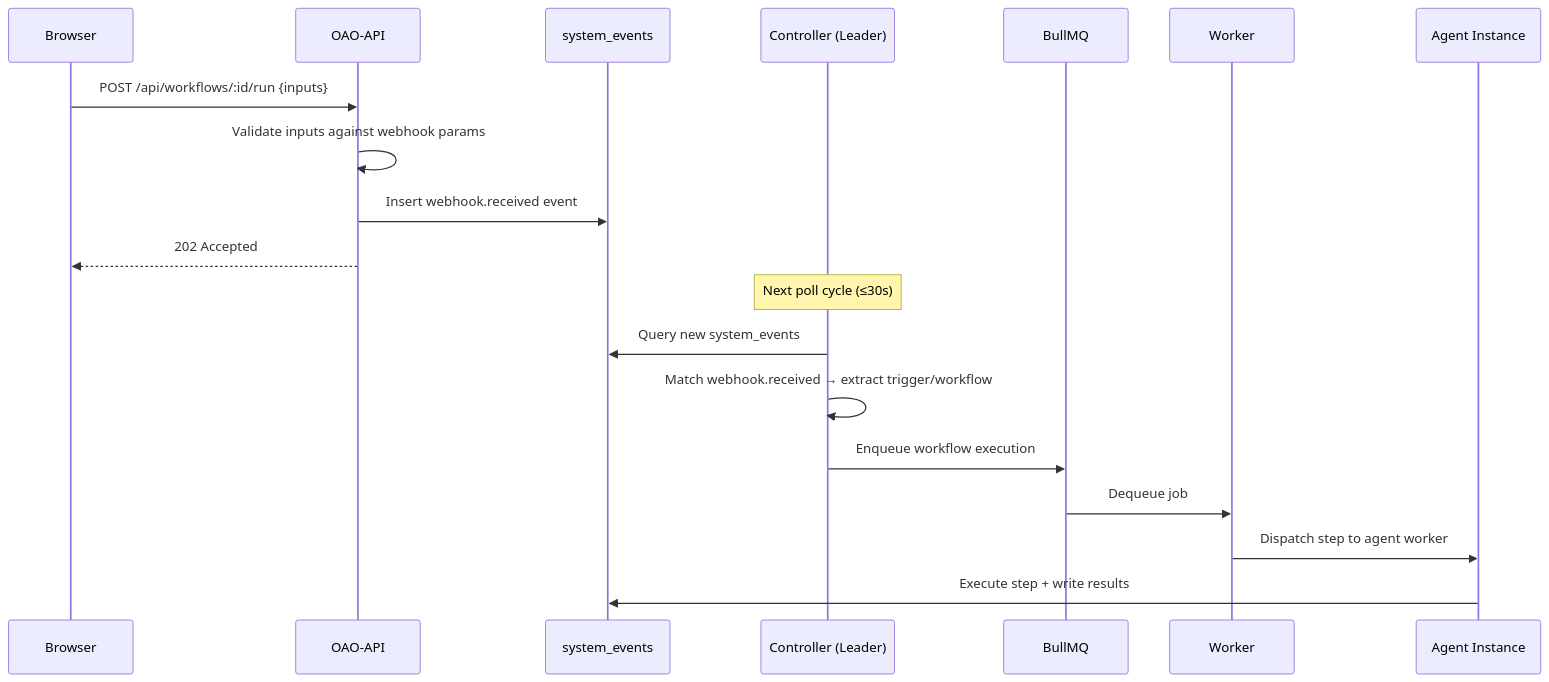
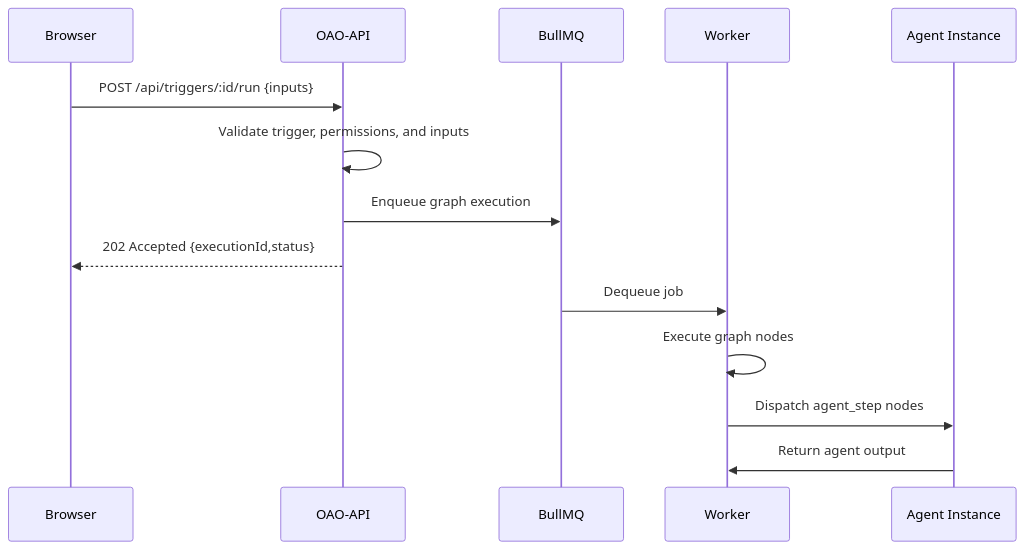
The fourth of 7 diagrams in docs/concepts/workflow-engine.md (thfai2000/open-agent-orchestra), drawn with Mermaid before and after one commit. The commit also changed other lines of this file and 53 other files, not shown here.

````diff
--- a/docs/concepts/workflow-engine.md
+++ b/docs/concepts/workflow-engine.md
@@ -173,23 +173,17 @@
 ```mermaid
 sequenceDiagram
     participant User as Browser
     participant API as OAO-API
-    participant DB as system_events
-    participant Ctrl as Controller (Leader)
     participant Q as BullMQ
     participant W as Worker
     participant AP as Agent Instance
 
-    User->>API: POST /api/workflows/:id/run {inputs}
-    API->>API: Validate inputs against webhook params
-    API->>DB: Insert webhook.received event
-    API-->>User: 202 Accepted
-
-    Note over Ctrl: Next poll cycle (≤30s)
-    Ctrl->>DB: Query new system_events
-    Ctrl->>Ctrl: Match webhook.received → extract trigger/workflow
-    Ctrl->>Q: Enqueue workflow execution
+    User->>API: POST /api/triggers/:id/run {inputs}
+    API->>API: Validate trigger, permissions, and inputs
+    API->>Q: Enqueue graph execution
+    API-->>User: 202 Accepted {executionId,status}
     Q->>W: Dequeue job
-    W->>AP: Dispatch step to agent worker
-    AP->>DB: Execute step + write results
+    W->>W: Execute graph nodes
+    W->>AP: Dispatch agent_step nodes
+    AP->>W: Return agent output
 ```
````
